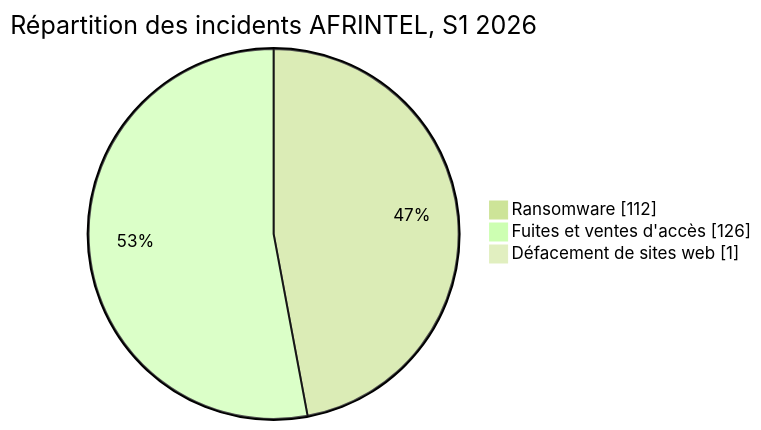
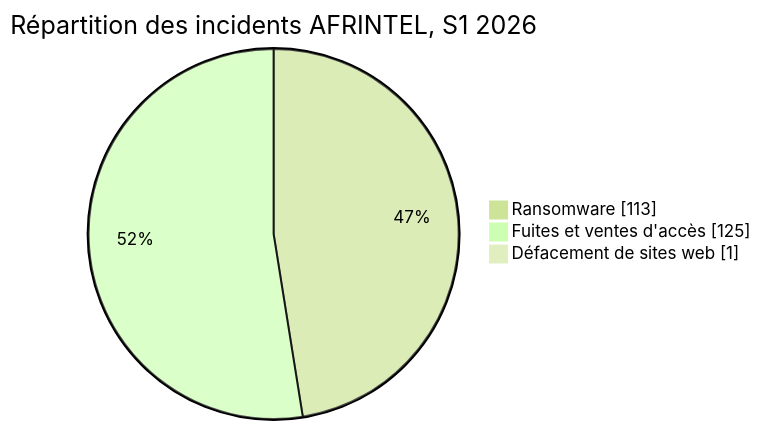
One commit to Hatchepsoute/AFRINTEL changed the first of 4 diagrams in CyberAttackAfrica/2026/README_H1_FR.md. Above: the diagram before and after it, drawn with Mermaid (forest theme). The commit also changed other lines of this file and 85 other files, not shown here.

````diff
--- a/CyberAttackAfrica/2026/README_H1_FR.md
+++ b/CyberAttackAfrica/2026/README_H1_FR.md
@@ -46,7 +46,7 @@
 ```mermaid
 pie showData
     title Répartition des incidents AFRINTEL, S1 2026
-    "Ransomware" : 112
-    "Fuites et ventes d'accès" : 126
+    "Ransomware" : 113
+    "Fuites et ventes d'accès" : 125
     "Défacement de sites web" : 1
 ```
````
